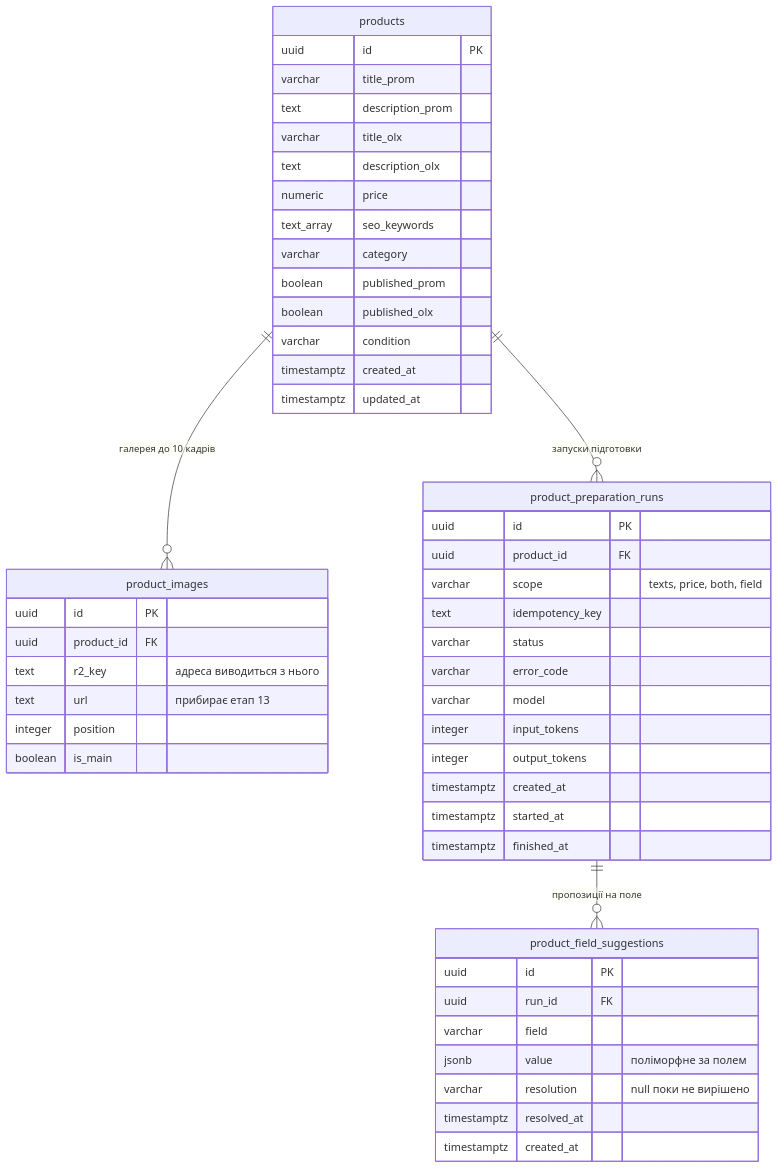
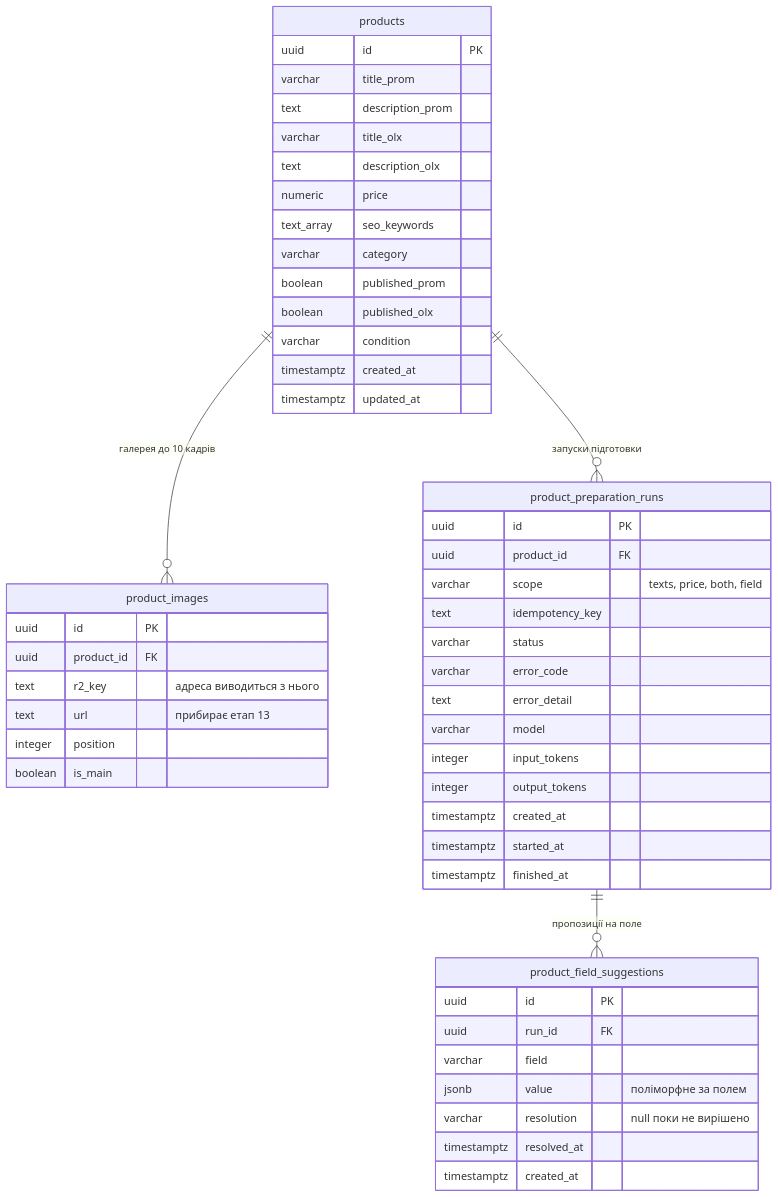
The diagram in docs/features/product-creation-flow/data-model.md (sergy-litkovskiy/mouse-springconsult), drawn with Mermaid before and after one commit. The commit also changed other lines of this file and 36 other files, not shown here.

````diff
--- a/docs/features/product-creation-flow/data-model.md
+++ b/docs/features/product-creation-flow/data-model.md
@@ -37,56 +37,57 @@
 ```mermaid
 erDiagram
     products ||--o{ product_images : "галерея до 10 кадрів"
     products ||--o{ product_preparation_runs : "запуски підготовки"
     product_preparation_runs ||--o{ product_field_suggestions : "пропозиції на поле"
 
     products {
         uuid id PK
         varchar title_prom
         text description_prom
         varchar title_olx
         text description_olx
         numeric price
         text_array seo_keywords
         varchar category
         boolean published_prom
         boolean published_olx
         varchar condition
         timestamptz created_at
         timestamptz updated_at
     }
 
     product_images {
         uuid id PK
         uuid product_id FK
         text r2_key "адреса виводиться з нього"
         text url "прибирає етап 13"
         integer position
         boolean is_main
     }
 
     product_preparation_runs {
         uuid id PK
         uuid product_id FK
         varchar scope "texts, price, both, field"
         text idempotency_key
         varchar status
         varchar error_code
+        text error_detail
         varchar model
         integer input_tokens
         integer output_tokens
         timestamptz created_at
         timestamptz started_at
         timestamptz finished_at
     }
 
     product_field_suggestions {
         uuid id PK
         uuid run_id FK
         varchar field
         jsonb value "поліморфне за полем"
         varchar resolution "null поки не вирішено"
         timestamptz resolved_at
         timestamptz created_at
     }
 ```
````
